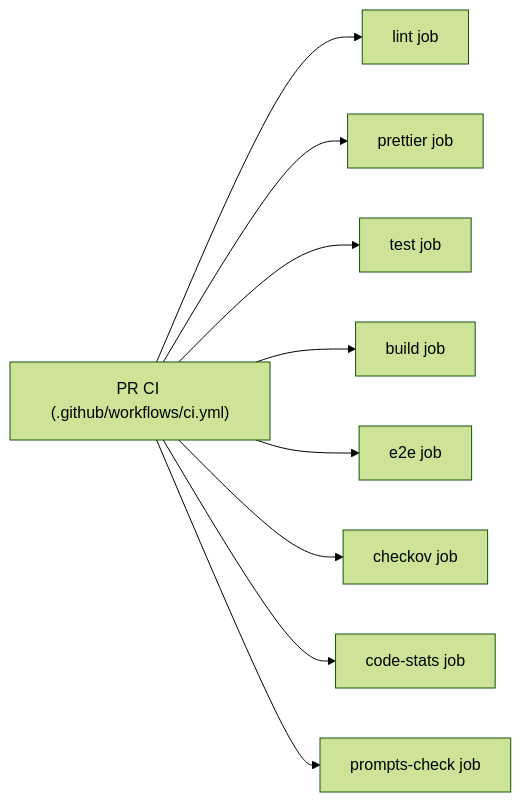
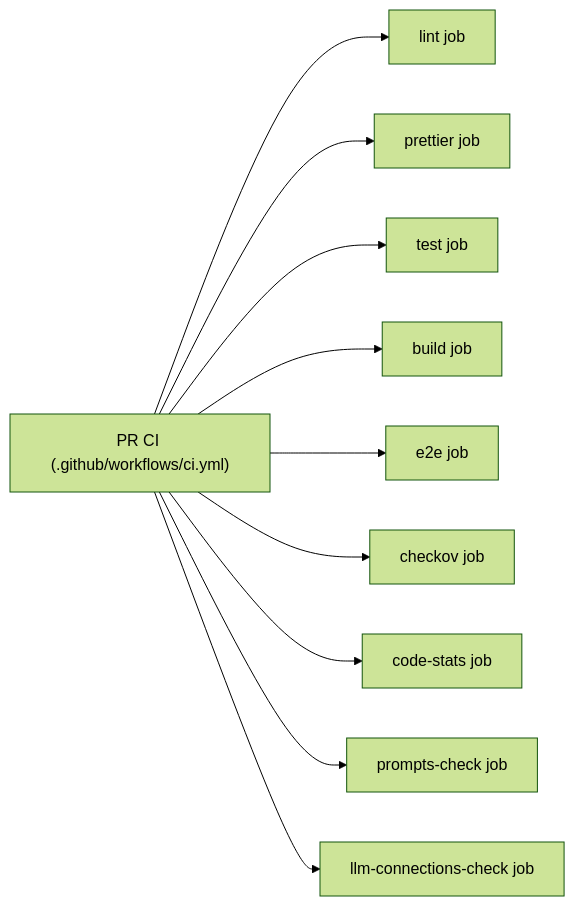
One commit to BASIC-BIT/meeting-notes-discord-bot changed the third of 4 diagrams in README.md. Above: the diagram before and after it, drawn with Mermaid (forest theme). The commit also changed other lines of this file and 40 other files, not shown here.

````diff
--- a/README.md
+++ b/README.md
@@ -85,11 +97,12 @@
 ```mermaid
 flowchart LR
   A["PR CI (.github/workflows/ci.yml)"] --> B["lint job"]
   A --> C["prettier job"]
   A --> D["test job"]
   A --> E["build job"]
   A --> F["e2e job"]
   A --> G["checkov job"]
   A --> H["code-stats job"]
   A --> P["prompts-check job"]
+  A --> Q["llm-connections-check job"]
 ```
````
